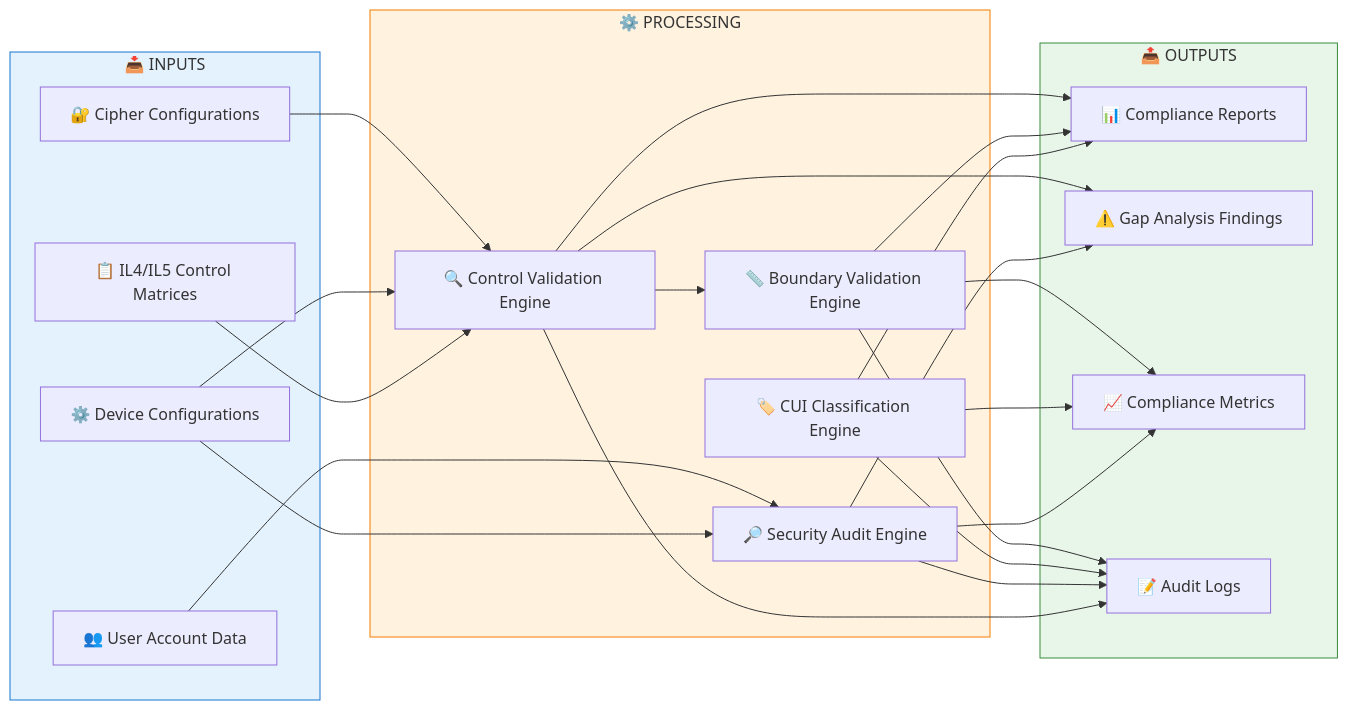
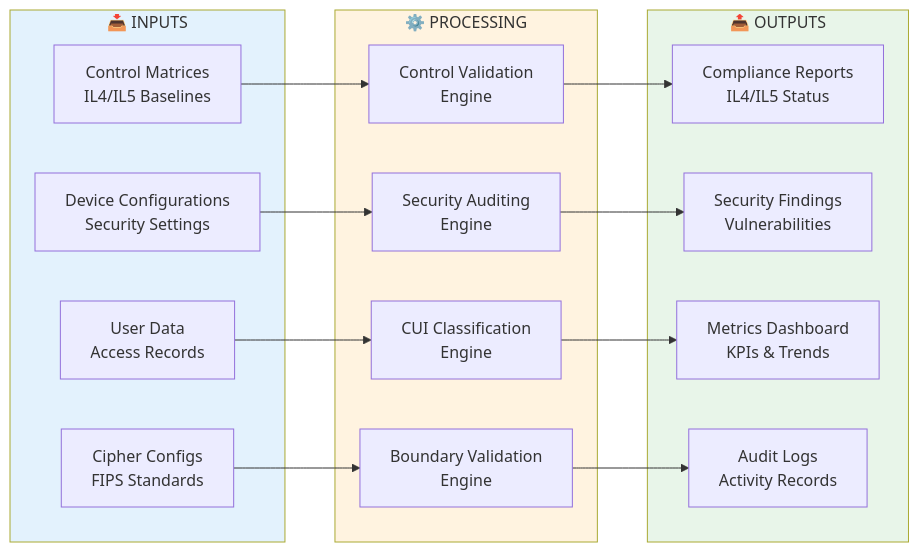
The second of 4 diagrams in security-compliance/fedramp/README.md (Suren-Jewels/Scripts-Toolkit), drawn with Mermaid before and after one commit. The commit also changed other lines of this file, not shown here.

````diff
--- a/security-compliance/fedramp/README.md
+++ b/security-compliance/fedramp/README.md
@@ -102,49 +100,37 @@
 ```mermaid
 flowchart LR
     subgraph INPUTS["📥 INPUTS"]
-        I1[📋 IL4/IL5 Control Matrices]
-        I2[⚙️ Device Configurations]
-        I3[👥 User Account Data]
-        I4[🔐 Cipher Configurations]
+        I1[Control Matrices<br/>IL4/IL5 Baselines]
+        I2[Device Configurations<br/>Security Settings]
+        I3[User Data<br/>Access Records]
+        I4[Cipher Configs<br/>FIPS Standards]
     end
     
     subgraph PROCESSING["⚙️ PROCESSING"]
-        P1[🔍 Control Validation Engine]
-        P2[🔎 Security Audit Engine]
-        P3[🏷️ CUI Classification Engine]
-        P4[📏 Boundary Validation Engine]
+        P1[Control Validation<br/>Engine]
+        P2[Security Auditing<br/>Engine]
+        P3[CUI Classification<br/>Engine]
+        P4[Boundary Validation<br/>Engine]
     end
     
     subgraph OUTPUTS["📤 OUTPUTS"]
-        O1[📊 Compliance Reports]
-        O2[⚠️ Gap Analysis Findings]
-        O3[📈 Compliance Metrics]
-        O4[📝 Audit Logs]
+        O1[Compliance Reports<br/>IL4/IL5 Status]
+        O2[Security Findings<br/>Vulnerabilities]
+        O3[Metrics Dashboard<br/>KPIs & Trends]
+        O4[Audit Logs<br/>Activity Records]
     end
     
     I1 --> P1
-    I2 --> P1
     I2 --> P2
-    I3 --> P2
-    I4 --> P1
-    
-    P1 --> P4
-    P2 --> O2
-    P3 --> O1
-    P4 --> O1
+    I3 --> P3
+    I4 --> P4
     
     P1 --> O1
-    P1 --> O2
-    P2 --> O3
+    P2 --> O2
     P3 --> O3
-    P4 --> O3
-    
-    P1 --> O4
-    P2 --> O4
-    P3 --> O4
     P4 --> O4
     
-    style INPUTS fill:#E3F2FD,stroke:#1976D2
-    style PROCESSING fill:#FFF3E0,stroke:#F57C00
-    style OUTPUTS fill:#E8F5E9,stroke:#388E3C
+    style INPUTS fill:#E3F2FD
+    style PROCESSING fill:#FFF3E0
+    style OUTPUTS fill:#E8F5E9
 ```
````
